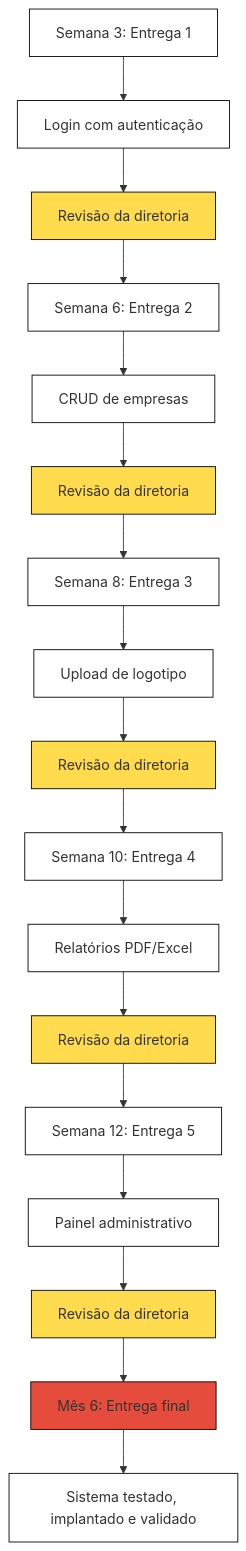
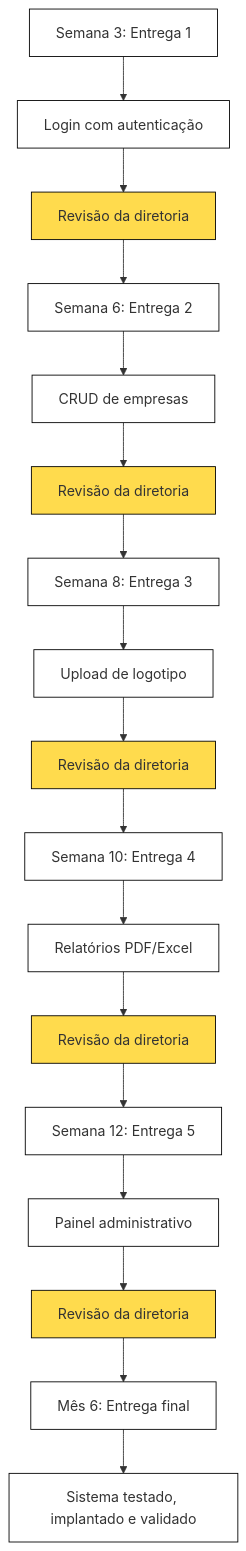
Before and after one commit to LucasBParada/modelos-gantt-crystal: the diagram in README2.md, drawn with Mermaid.

````diff
--- a/README2.md
+++ b/README2.md
@@ -1,40 +1,40 @@
 ```mermaid
 graph TD
   %% Entregas parciais Crystal Clear
 
   %% Entrega 1
   E1["Semana 3: Entrega 1"]:::branco --> F1["Login com autenticação"]:::branco
   F1 --> R1["Revisão da diretoria"]:::amarelo
 
   %% Entrega 2
   E2["Semana 6: Entrega 2"]:::branco --> F2["CRUD de empresas"]:::branco
   F2 --> R2["Revisão da diretoria"]:::amarelo
 
   %% Entrega 3
   E3["Semana 8: Entrega 3"]:::branco --> F3["Upload de logotipo"]:::branco
   F3 --> R3["Revisão da diretoria"]:::amarelo
 
   %% Entrega 4
   E4["Semana 10: Entrega 4"]:::branco --> F4["Relatórios PDF/Excel"]:::branco
   F4 --> R4["Revisão da diretoria"]:::amarelo
 
   %% Entrega 5
   E5["Semana 12: Entrega 5"]:::branco --> F5["Painel administrativo"]:::branco
   F5 --> R5["Revisão da diretoria"]:::amarelo
 
   %% Entrega final
-  EF["Mês 6: Entrega final"]:::vermelho --> FF["Sistema testado, implantado e validado"]:::branco
+  EF["Mês 6: Entrega final"]:::branco --> FF["Sistema testado, implantado e validado"]:::branco
 
   R1 --> E2
   R2 --> E3
   R3 --> E4
   R4 --> E5
   R5 --> EF
 
   classDef branco fill:#fff, stroke:#000, stroke-width:1px;
   classDef amarelo fill:#FFDB4D, stroke:#000, stroke-width:1px;
   classDef laranja fill:#FFA233, stroke:#000, stroke-width:1px;
   classDef vermelho fill:#E64C3C, stroke:#000, stroke-width:1px;
 
 
 ```
````
